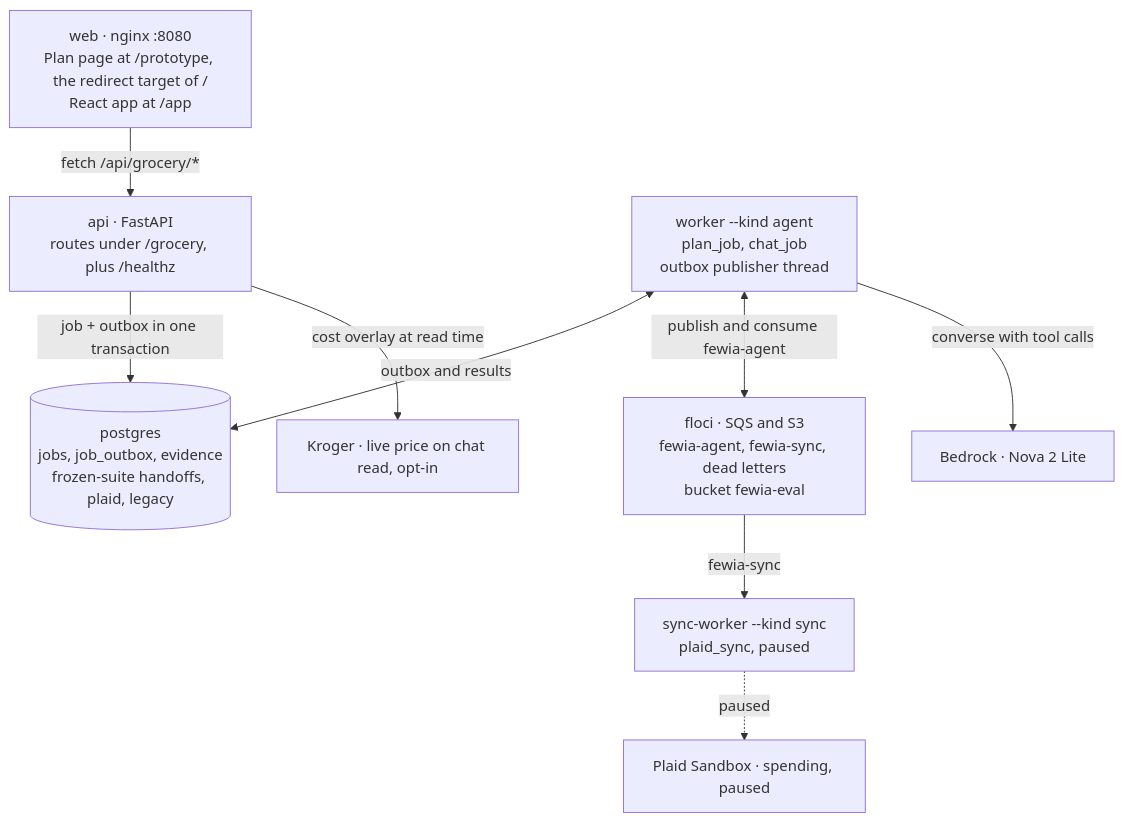
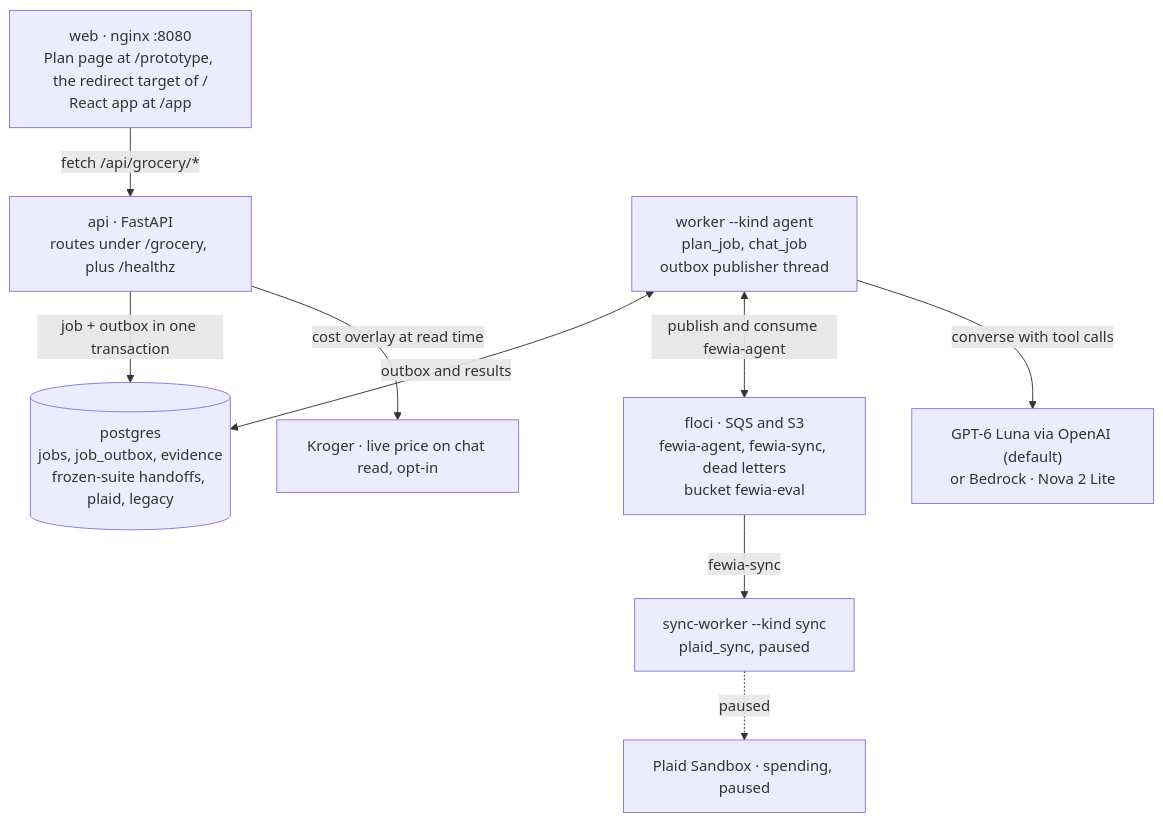
Before and after one commit to emanuelGitCodes/fewia: the diagram in docs/FEATURE_MAP.md, drawn with Mermaid. The commit also changed other lines of this file and 16 other files, not shown here.

First line of the commit message:
Record GPT-6 Luna as the default local chat provider

````diff
--- a/docs/FEATURE_MAP.md
+++ b/docs/FEATURE_MAP.md
@@ -32,20 +32,20 @@
 ```mermaid
 flowchart TB
   web["web · nginx :8080<br/>Plan page at /prototype, the redirect target of /<br/>React app at /app"]
   api["api · FastAPI<br/>routes under /grocery, plus /healthz"]
   pg[("postgres<br/>jobs, job_outbox, evidence<br/>frozen-suite handoffs, plaid, legacy")]
   floci["floci · SQS and S3<br/>fewia-agent, fewia-sync, dead letters<br/>bucket fewia-eval"]
   worker["worker --kind agent<br/>plan_job, chat_job<br/>outbox publisher thread"]
   sync["sync-worker --kind sync<br/>plaid_sync, paused"]
-  bedrock["Bedrock · Nova 2 Lite"]
+  bedrock["GPT-6 Luna via OpenAI (default)<br/>or Bedrock · Nova 2 Lite"]
   spoon["Kroger · live price on chat read, opt-in"]
   plaid["Plaid Sandbox · spending, paused"]
   web -->|fetch /api/grocery/*| api
   api -->|job + outbox in one transaction| pg
   worker <-->|outbox and results| pg
   worker <-->|publish and consume fewia-agent| floci
   floci -->|fewia-sync| sync
   worker -->|converse with tool calls| bedrock
   api -->|cost overlay at read time| spoon
   sync -.->|paused| plaid
 ```
````
